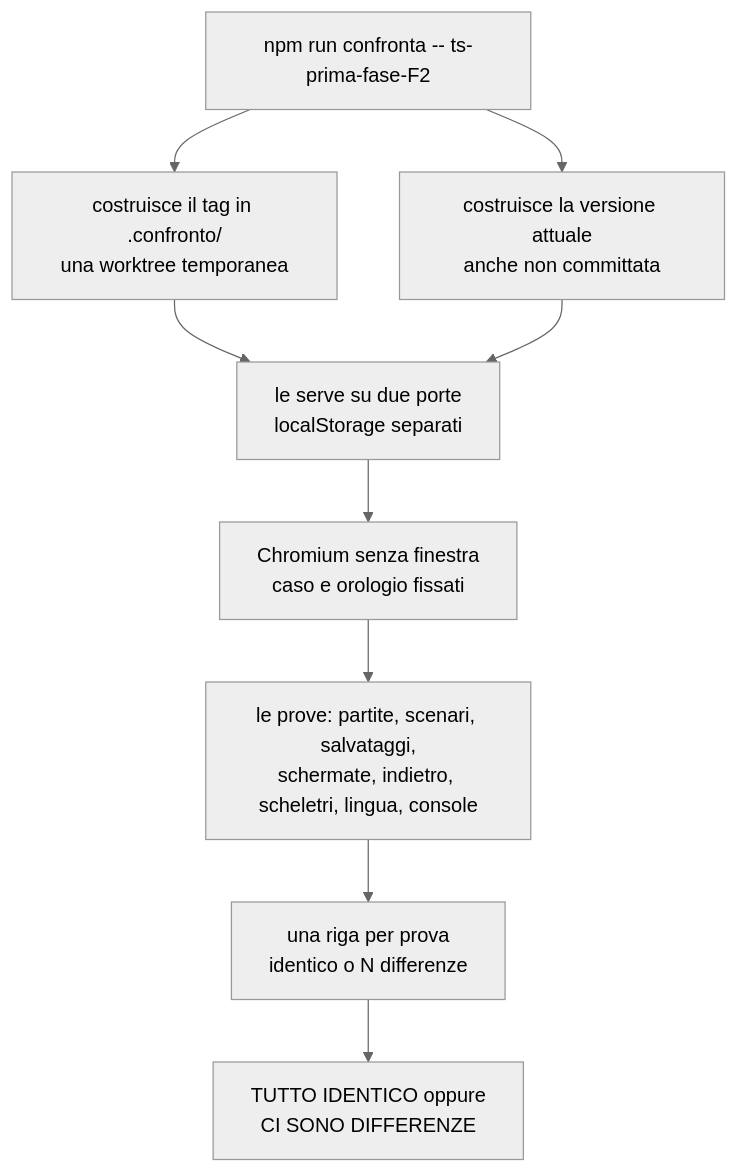
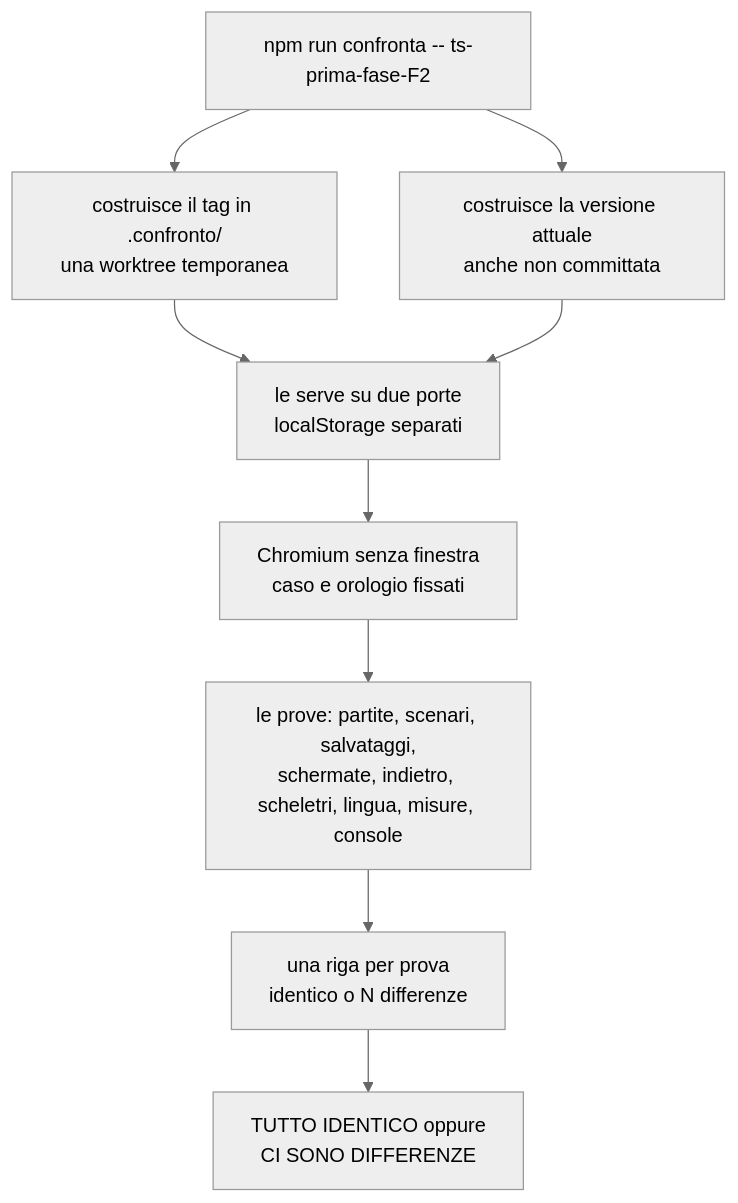
One commit to lorenzvittori/AeonsEnd_App_0.3 changed the second of 3 diagrams in docs/10-strumenti.md. Above: the diagram before and after it, drawn with Mermaid (neutral theme). The commit also changed other lines of this file and 5 other files, not shown here.

Commit message:
Spazi 4: documentazione (diagramma delle zone con le variabili, pesi dell'avanzo e come provarli dal pannello, README, CONTESTO sezione 9, strumenti)

````diff
--- a/docs/10-strumenti.md
+++ b/docs/10-strumenti.md
@@ -82,11 +82,11 @@
 ```mermaid
 flowchart TD
     A["npm run confronta -- ts-prima-fase-F2"] --> B["costruisce il tag in .confronto/<br/>una worktree temporanea"]
     A --> C["costruisce la versione attuale<br/>anche non committata"]
     B --> D["le serve su due porte<br/>localStorage separati"]
     C --> D
     D --> E["Chromium senza finestra<br/>caso e orologio fissati"]
-    E --> F["le prove: partite, scenari, salvataggi,<br/>schermate, indietro, scheletri, lingua, console"]
+    E --> F["le prove: partite, scenari, salvataggi,<br/>schermate, indietro, scheletri, lingua, misure, console"]
     F --> G["una riga per prova<br/>identico o N differenze"]
     G --> H["TUTTO IDENTICO oppure<br/>CI SONO DIFFERENZE"]
 ```
````
